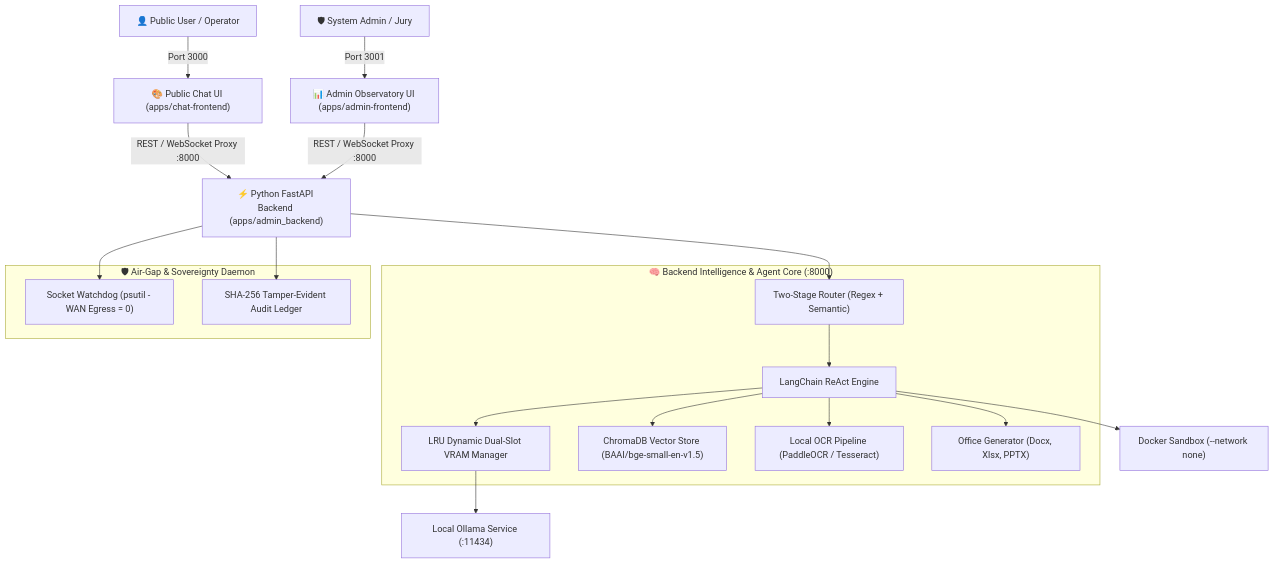
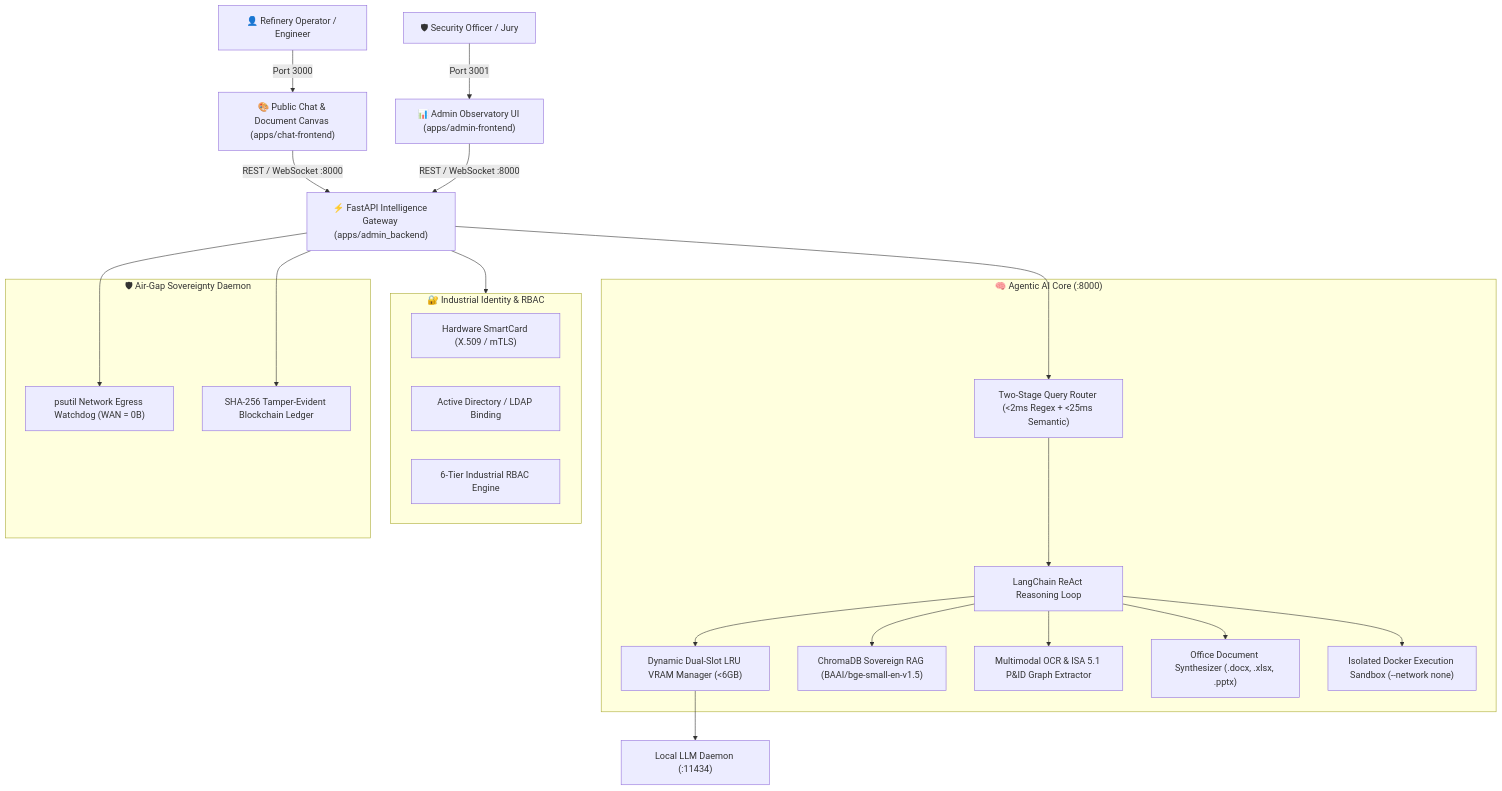
Before and after one commit to Deepak0205p/hackbusters-devlopment: the diagram in README.md, drawn with Mermaid. The commit also changed other lines of this file and 6 other files, not shown here.

Commit message:
docs(readme): update comprehensive architecture, PKI SmartCard authentication, and local deployment guide

````diff
--- a/README.md
+++ b/README.md
@@ -39,31 +44,39 @@
 ```mermaid
 graph TD
-    User["👤 Public User / Operator"] -->|Port 3000| ChatUI["🎨 Public Chat UI (apps/chat-frontend)"]
-    Admin["🛡 System Admin / Jury"] -->|Port 3001| AdminUI["📊 Admin Observatory UI (apps/admin-frontend)"]
+    User["👤 Refinery Operator / Engineer"] -->|Port 3000| ChatUI["🎨 Public Chat & Document Canvas (apps/chat-frontend)"]
+    Admin["🛡 Security Officer / Jury"] -->|Port 3001| AdminUI["📊 Admin Observatory UI (apps/admin-frontend)"]
     
-    ChatUI -->|REST / WebSocket Proxy :8000| Backend["⚡ Python FastAPI Backend (apps/admin_backend)"]
-    AdminUI -->|REST / WebSocket Proxy :8000| Backend
+    ChatUI -->|REST / WebSocket :8000| Backend["⚡ FastAPI Intelligence Gateway (apps/admin_backend)"]
+    AdminUI -->|REST / WebSocket :8000| Backend
     
-    subgraph Intelligence_Layer ["🧠 Backend Intelligence & Agent Core (:8000)"]
-        Router["Two-Stage Router (Regex + Semantic)"]
-        Agent["LangChain ReAct Engine"]
-        VRAMMgr["LRU Dynamic Dual-Slot VRAM Manager"]
-        ChromaStore["ChromaDB Vector Store (BAAI/bge-small-en-v1.5)"]
-        OCR["Local OCR Pipeline (PaddleOCR / Tesseract)"]
-        OfficeGen["Office Generator (Docx, Xlsx, PPTX)"]
+    subgraph Auth_Layer ["🔐 Industrial Identity & RBAC"]
+        PKI["Hardware SmartCard (X.509 / mTLS)"]
+        LDAP["Active Directory / LDAP Binding"]
+        RBAC["6-Tier Industrial RBAC Engine"]
     end
     
-    Backend --> Router --> Agent
-    Agent --> VRAMMgr --> Ollama["Local Ollama Service (:11434)"]
-    Agent --> ChromaStore
-    Agent --> OCR
-    Agent --> OfficeGen
-    Agent --> Sandbox["Docker Sandbox (--network none)"]
+    subgraph Intelligence_Core ["🧠 Agentic AI Core (:8000)"]
+        Router["Two-Stage Query Router (<2ms Regex + <25ms Semantic)"]
+        ReAct["LangChain ReAct Reasoning Loop"]
+        VRAMMgr["Dynamic Dual-Slot LRU VRAM Manager (<6GB)"]
+        RAG["ChromaDB Sovereign RAG (BAAI/bge-small-en-v1.5)"]
+        OCR["Multimodal OCR & ISA 5.1 P&ID Graph Extractor"]
+        OfficeGen["Office Document Synthesizer (.docx, .xlsx, .pptx)"]
+        DockerSandbox["Isolated Docker Execution Sandbox (--network none)"]
+    end
     
-    subgraph Sovereignty_Daemon ["🛡 Air-Gap & Sovereignty Daemon"]
-        Watchdog["Socket Watchdog (psutil - WAN Egress = 0)"]
-        AuditLedger["SHA-256 Tamper-Evident Audit Ledger"]
+    subgraph Sovereignty_Enclave ["🛡 Air-Gap Sovereignty Daemon"]
+        SocketWatchdog["psutil Network Egress Watchdog (WAN = 0B)"]
+        TamperLedger["SHA-256 Tamper-Evident Blockchain Ledger"]
     end
-    Backend --> Watchdog
-    Backend --> AuditLedger
+    
+    Backend --> Auth_Layer
+    Backend --> Router --> ReAct
+    ReAct --> VRAMMgr --> Ollama["Local LLM Daemon (:11434)"]
+    ReAct --> RAG
+    ReAct --> OCR
+    ReAct --> OfficeGen
+    ReAct --> DockerSandbox
+    Backend --> SocketWatchdog
+    Backend --> TamperLedger
 ```
````
